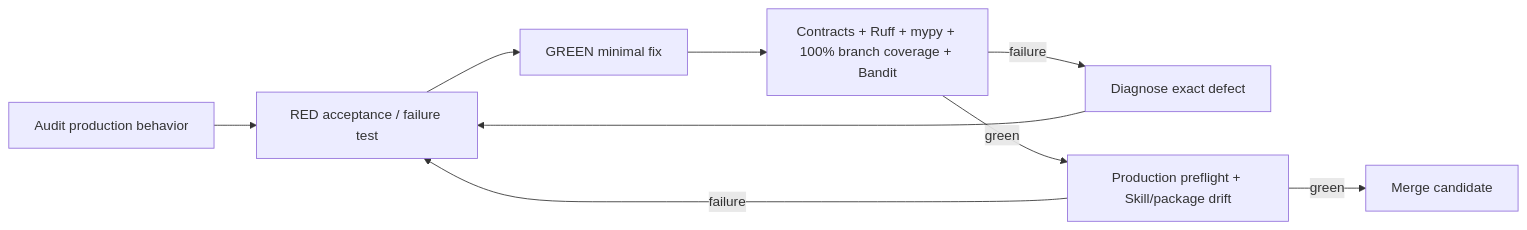
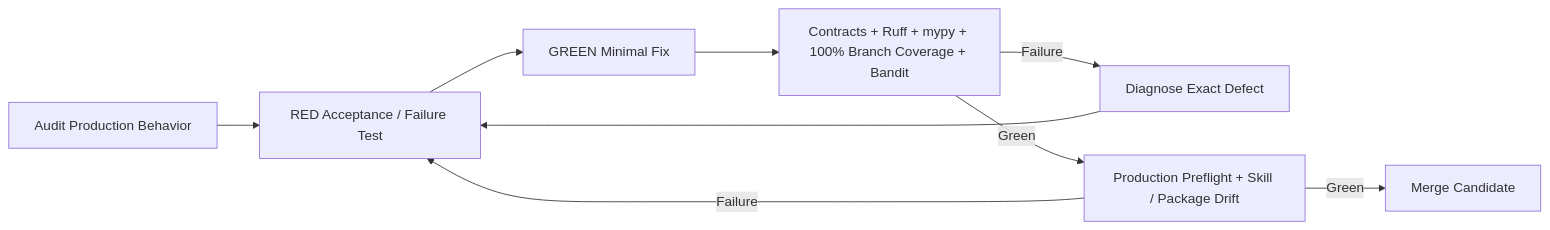
The first of 2 diagrams in docs/production-hardening-2026-08-17.md (mkleinbe/mesh-ai-agent-cos-universe), drawn with Mermaid before and after one commit. The commit also changed other lines of this file, not shown here.

Commit message:
docs: close production hardening loop with v1.0.0 release record

````diff
--- a/docs/production-hardening-2026-08-17.md
+++ b/docs/production-hardening-2026-08-17.md
@@ -9,11 +9,11 @@
 ```mermaid
 flowchart LR
-    A[Audit production behavior] --> R[RED acceptance / failure test]
-    R --> G[GREEN minimal fix]
-    G --> Q[Contracts + Ruff + mypy + 100% branch coverage + Bandit]
-    Q -->|failure| D[Diagnose exact defect]
+    A[Audit Production Behavior] --> R[RED Acceptance / Failure Test]
+    R --> G[GREEN Minimal Fix]
+    G --> Q[Contracts + Ruff + mypy + 100% Branch Coverage + Bandit]
+    Q -->|Failure| D[Diagnose Exact Defect]
     D --> R
-    Q -->|green| P[Production preflight + Skill/package drift]
-    P -->|failure| R
-    P -->|green| M[Merge candidate]
+    Q -->|Green| P[Production Preflight + Skill / Package Drift]
+    P -->|Failure| R
+    P -->|Green| M[Merge Candidate]
 ```
````
